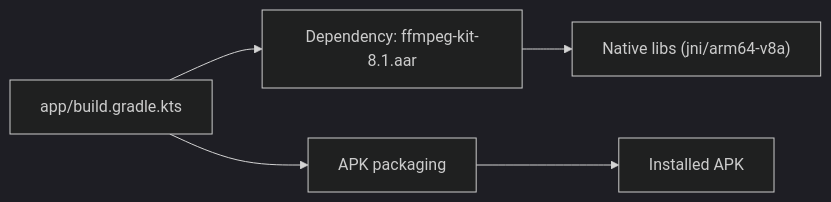
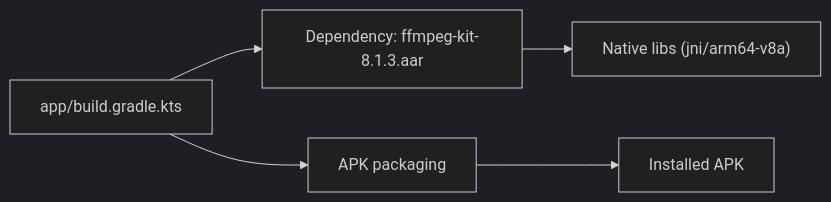
Before and after one commit to pisces312/StreamClip: the fourth of 4 diagrams in .qoder/repowiki/en/content/Build and Configuration/Native Compilation.md, drawn with Mermaid (dark theme). The commit also changed other lines of this file and 10 other files, not shown here.

First line of the commit message:
build(ffmpeg): 升级到自编译 ffmpeg-kit 8.1.3

````diff
--- a/.qoder/repowiki/en/content/Build and Configuration/Native Compilation.md
+++ b/.qoder/repowiki/en/content/Build and Configuration/Native Compilation.md
@@ -204,7 +204,7 @@
 ```mermaid
 graph LR
-A["app/build.gradle.kts"] --> D["Dependency: ffmpeg-kit-8.1.aar"]
+A["app/build.gradle.kts"] --> D["Dependency: ffmpeg-kit-8.1.3.aar"]
 D --> N["Native libs (jni/arm64-v8a)"]
 A --> P["APK packaging"]
 P --> I["Installed APK"]
 ```
````
